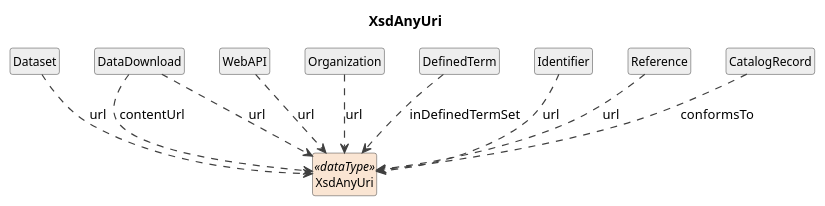
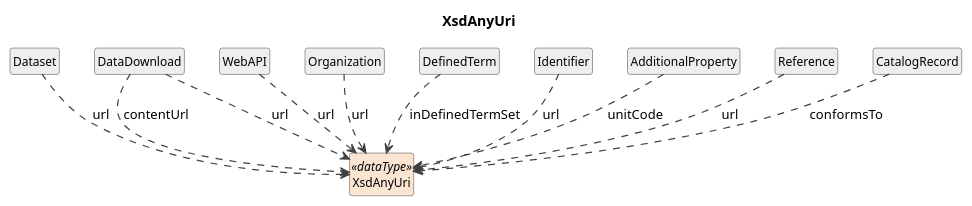
One commit to Cross-Domain-Interoperability-Framework/metadataBuildingBlocks changed the diagram in build/field-level-documentation/CDIFCore/DataTypes/XsdAnyUri.pu. Above: the diagram before and after it, drawn with PlantUML. The commit also changed 14 other files, not shown here.

First line of the commit message:
union-type-policy: rebuild CDIFCore with new AdditionalProperty target class

```diff
--- a/build/field-level-documentation/CDIFCore/DataTypes/XsdAnyUri.pu
+++ b/build/field-level-documentation/CDIFCore/DataTypes/XsdAnyUri.pu
@@ -1,32 +1,34 @@
 @startuml
 title XsdAnyUri
 hide circle
 hide empty members
 skinparam shadowing false
 skinparam ArrowThickness 1.2
 skinparam class {
   ArrowColor #404040
   BorderColor #404040
   FontSize 12
 }
 
 class "XsdAnyUri" as XsdAnyUri <<dataType>> #FAE5D3
 class "Dataset" as Dataset #EEEEEE
 Dataset ..> XsdAnyUri : url
 class "DataDownload" as DataDownload #EEEEEE
 DataDownload ..> XsdAnyUri : contentUrl
 DataDownload ..> XsdAnyUri : url
 class "WebAPI" as WebAPI #EEEEEE
 WebAPI ..> XsdAnyUri : url
 class "Organization" as Organization #EEEEEE
 Organization ..> XsdAnyUri : url
 class "DefinedTerm" as DefinedTerm #EEEEEE
 DefinedTerm ..> XsdAnyUri : inDefinedTermSet
 class "Identifier" as Identifier #EEEEEE
 Identifier ..> XsdAnyUri : url
+class "AdditionalProperty" as AdditionalProperty #EEEEEE
+AdditionalProperty ..> XsdAnyUri : unitCode
 class "Reference" as Reference #EEEEEE
 Reference ..> XsdAnyUri : url
 class "CatalogRecord" as CatalogRecord #EEEEEE
 CatalogRecord ..> XsdAnyUri : conformsTo
 
 @enduml
```
